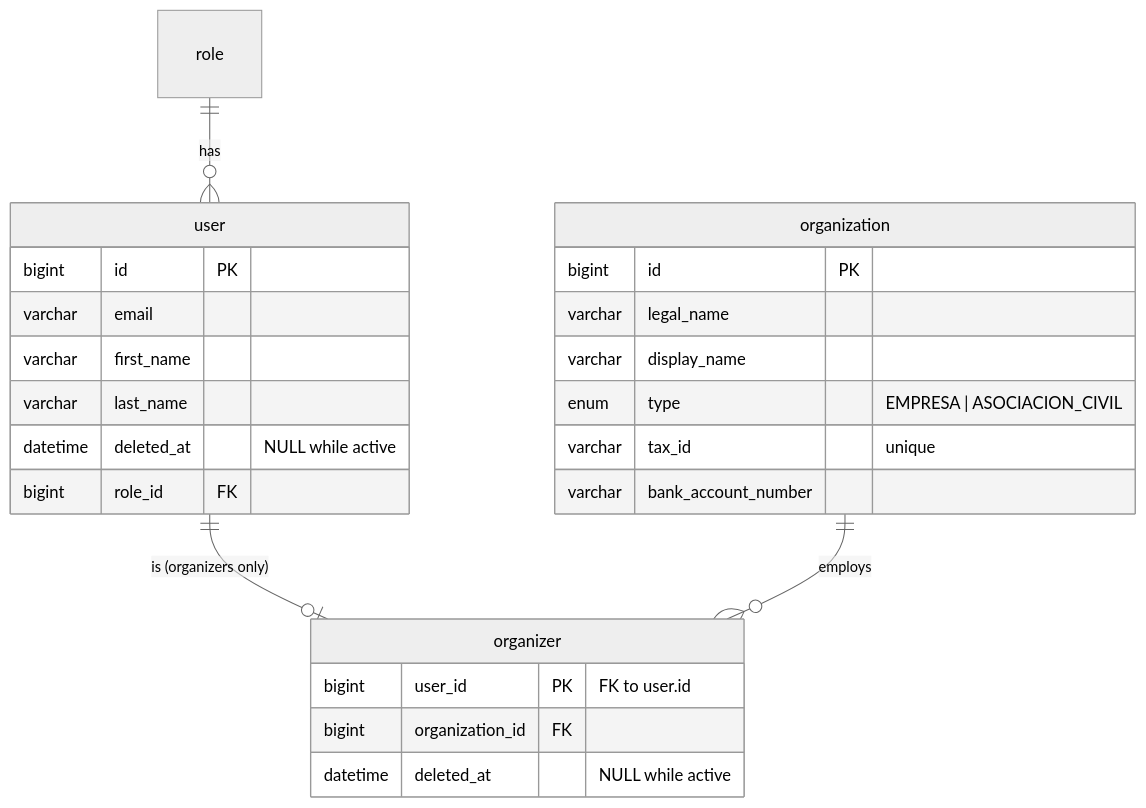
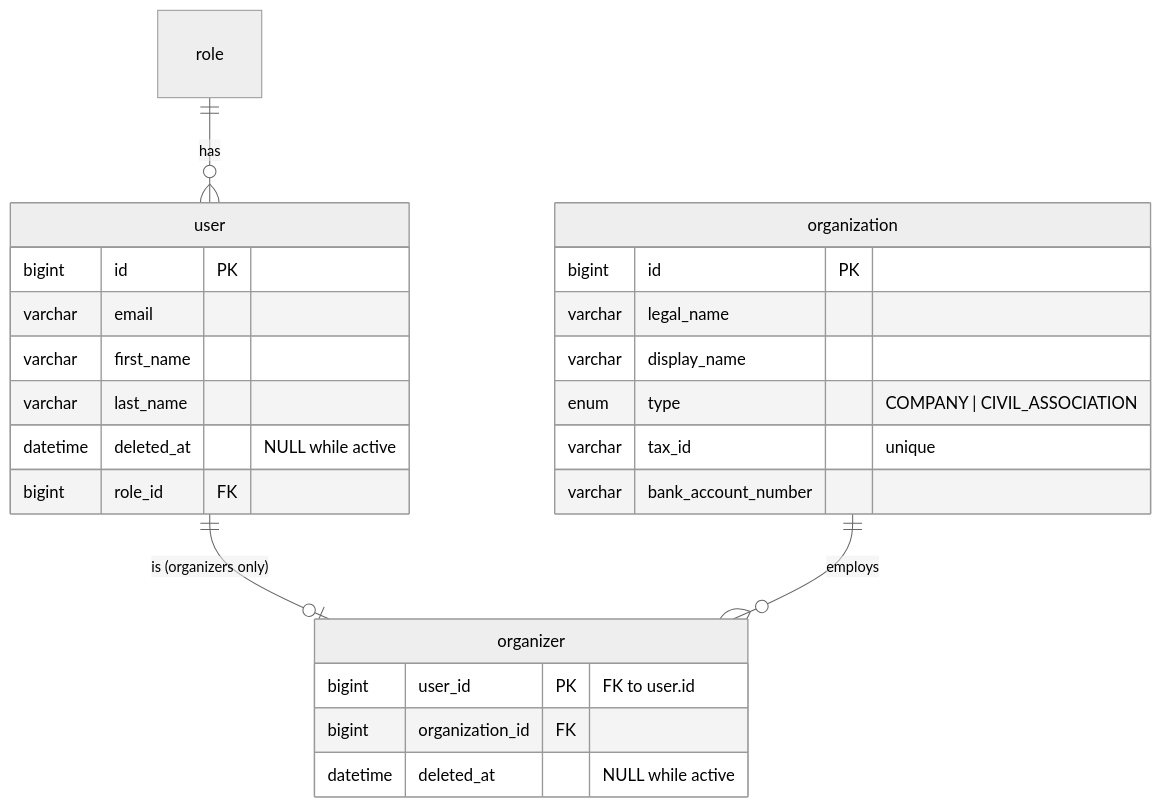
The diagram in docs/architecture/auth-service.md (joaquinblock/TicketYa), drawn with Mermaid (neutral theme) before and after one commit. The commit also changed other lines of this file and 1 other file, not shown here.

Commit message:
docs(auth): use English OrganizationType values in examples

````diff
--- a/docs/architecture/auth-service.md
+++ b/docs/architecture/auth-service.md
@@ -7,28 +7,28 @@
 ```mermaid
 erDiagram
     role ||--o{ user : "has"
     user ||--o| organizer : "is (organizers only)"
     organization ||--o{ organizer : "employs"
 
     user {
         bigint id PK
         varchar email
         varchar first_name
         varchar last_name
         datetime deleted_at "NULL while active"
         bigint role_id FK
     }
     organization {
         bigint id PK
         varchar legal_name
         varchar display_name
-        enum type "EMPRESA | ASOCIACION_CIVIL"
+        enum type "COMPANY | CIVIL_ASSOCIATION"
         varchar tax_id "unique"
         varchar bank_account_number
     }
     organizer {
         bigint user_id PK "FK to user.id"
         bigint organization_id FK
         datetime deleted_at "NULL while active"
     }
 ```
````
